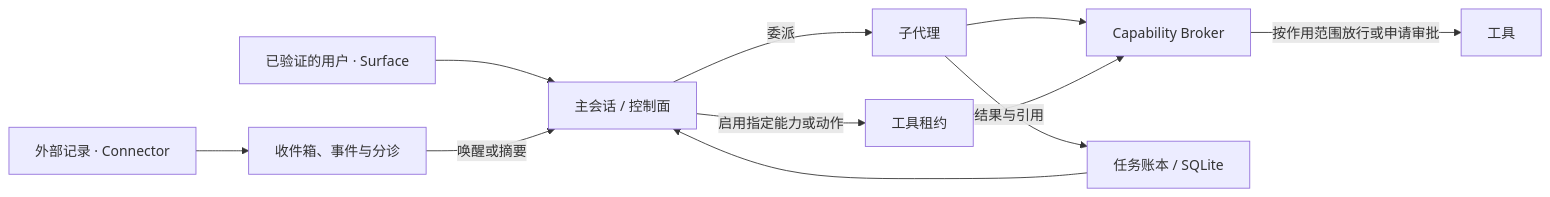
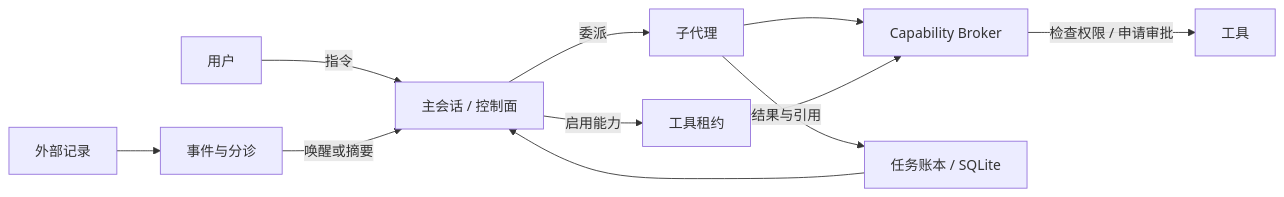
Before and after one commit to RayMorTwinkle/Alter: the diagram in README.md, drawn with Mermaid. The commit also changed other lines of this file and 3 other files, not shown here.

````diff
--- a/README.md
+++ b/README.md
@@ -33,13 +57,13 @@
 ```mermaid
 flowchart LR
-    U["已验证的用户 · Surface"] --> M["主会话 / 控制面"]
-    X["外部记录 · Connector"] --> I["收件箱、事件与分诊"]
+    U["用户"] -->|"指令"| M["主会话 / 控制面"]
+    X["外部记录"] --> I["事件与分诊"]
     I -->|"唤醒或摘要"| M
     M -->|"委派"| T["子代理"]
-    M -->|"启用指定能力或动作"| L["工具租约"]
+    M -->|"启用能力"| L["工具租约"]
     T --> B["Capability Broker"]
     L --> B
-    B -->|"按作用范围放行或申请审批"| C["工具"]
+    B -->|"检查权限 / 申请审批"| C["工具"]
     T -->|"结果与引用"| D["任务账本 / SQLite"]
     D --> M
 ```
````
